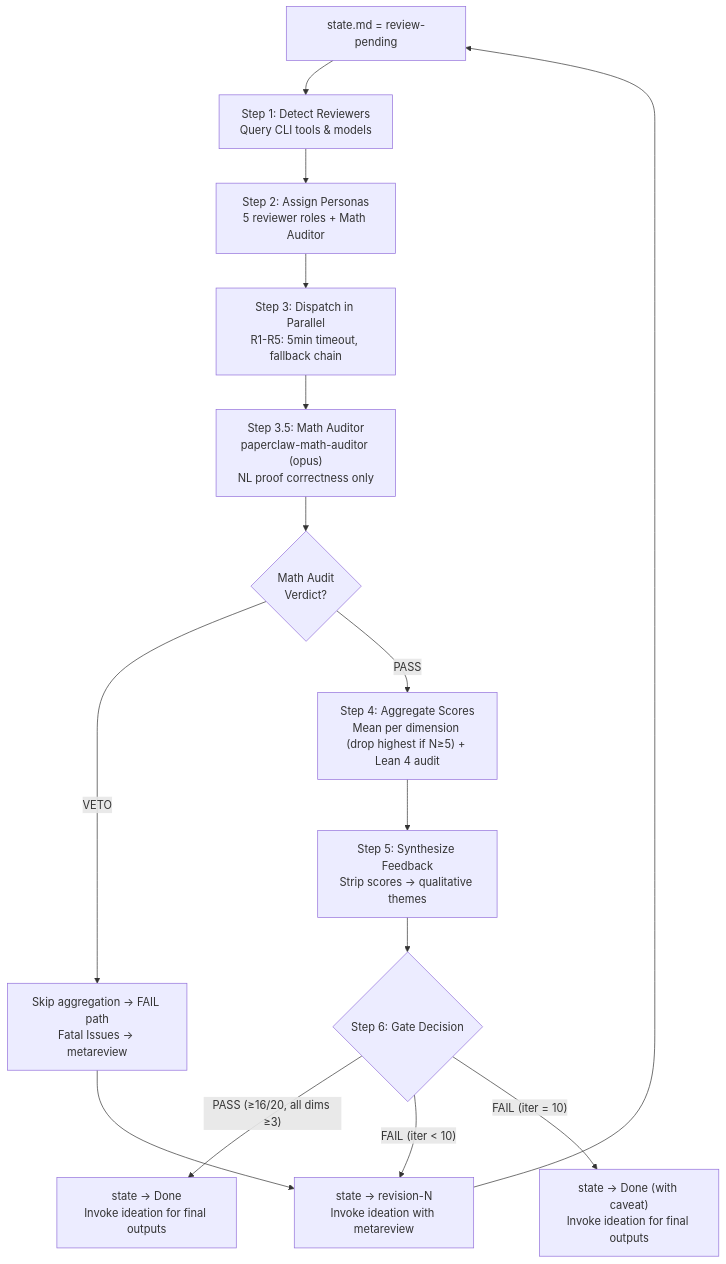
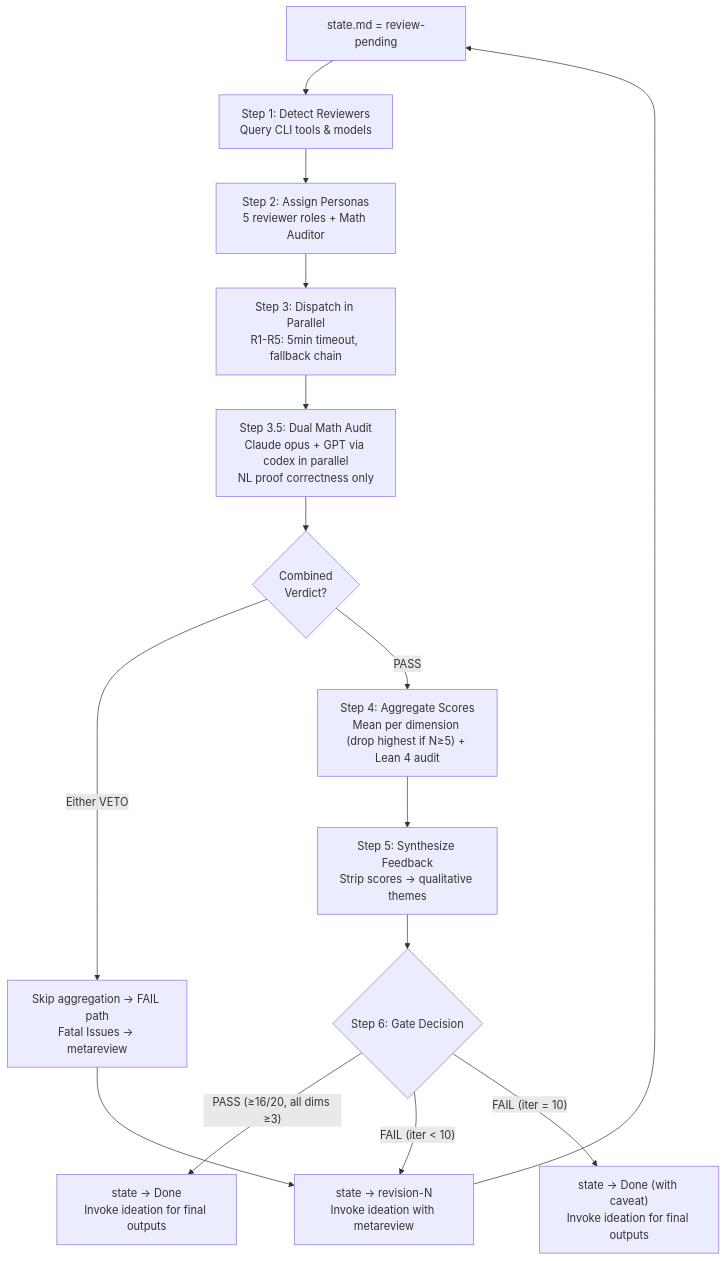
One commit to Paper-Claw/PaperClaw changed the diagram in .claude/skills/paperclaw-ideation-reviewing-AI/SKILL.md. Above: the diagram before and after it, drawn with Mermaid. The commit also changed other lines of this file and 6 other files, not shown here.

First line of the commit message:
feat(skill): redesign experiment pipeline architecture + dual math audit

````diff
--- a/.claude/skills/paperclaw-ideation-reviewing-AI/SKILL.md
+++ b/.claude/skills/paperclaw-ideation-reviewing-AI/SKILL.md
@@ -41,17 +41,17 @@
 ```mermaid
 flowchart TD
     TRIGGER["state.md = review-pending"] --> S1["Step 1: Detect Reviewers\nQuery CLI tools & models"]
     S1 --> S2["Step 2: Assign Personas\n5 reviewer roles + Math Auditor"]
     S2 --> S3["Step 3: Dispatch in Parallel\nR1-R5: 5min timeout, fallback chain"]
-    S3 --> S35["Step 3.5: Math Auditor\npaperclaw-math-auditor (opus)\nNL proof correctness only"]
-    S35 --> VETO{"Math Audit\nVerdict?"}
-    VETO -->|"VETO"| FAILV["Skip aggregation → FAIL path\nFatal Issues → metareview"]
+    S3 --> S35["Step 3.5: Dual Math Audit\nClaude opus + GPT via codex in parallel\nNL proof correctness only"]
+    S35 --> VETO{"Combined\nVerdict?"}
+    VETO -->|"Either VETO"| FAILV["Skip aggregation → FAIL path\nFatal Issues → metareview"]
     VETO -->|"PASS"| S4["Step 4: Aggregate Scores\nMean per dimension (drop highest if N≥5) + Lean 4 audit"]
     S4 --> S5["Step 5: Synthesize Feedback\nStrip scores → qualitative themes"]
     S5 --> S6{"Step 6: Gate Decision"}
     S6 -->|"PASS (≥16/20, all dims ≥3)"| PASS["state → Done\nInvoke ideation for final outputs"]
     S6 -->|"FAIL (iter < 10)"| FAIL["state → revision-N\nInvoke ideation with metareview"]
     S6 -->|"FAIL (iter = 10)"| FORCE["state → Done (with caveat)\nInvoke ideation for final outputs"]
     FAILV --> FAIL
     FAIL --> TRIGGER
 ```
````
